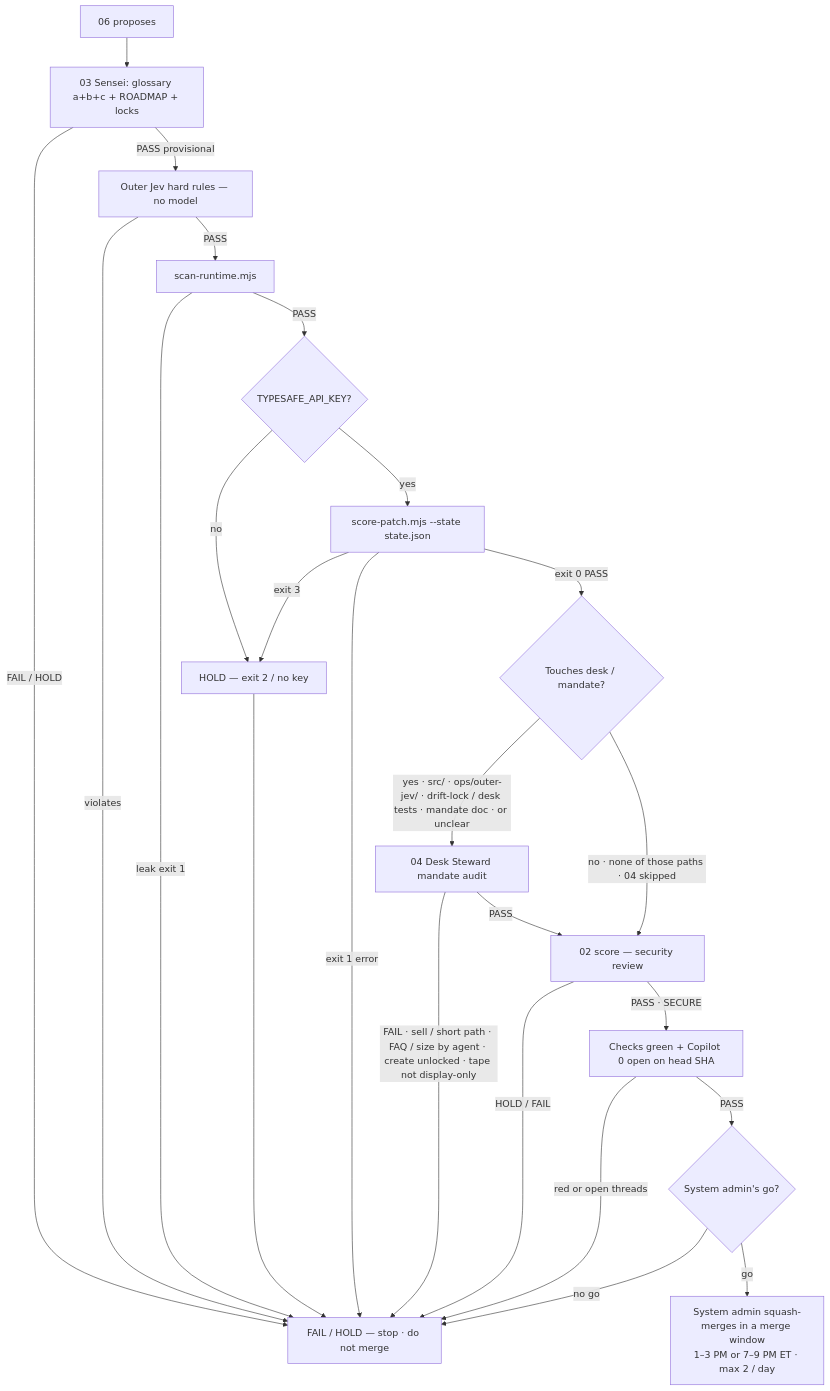
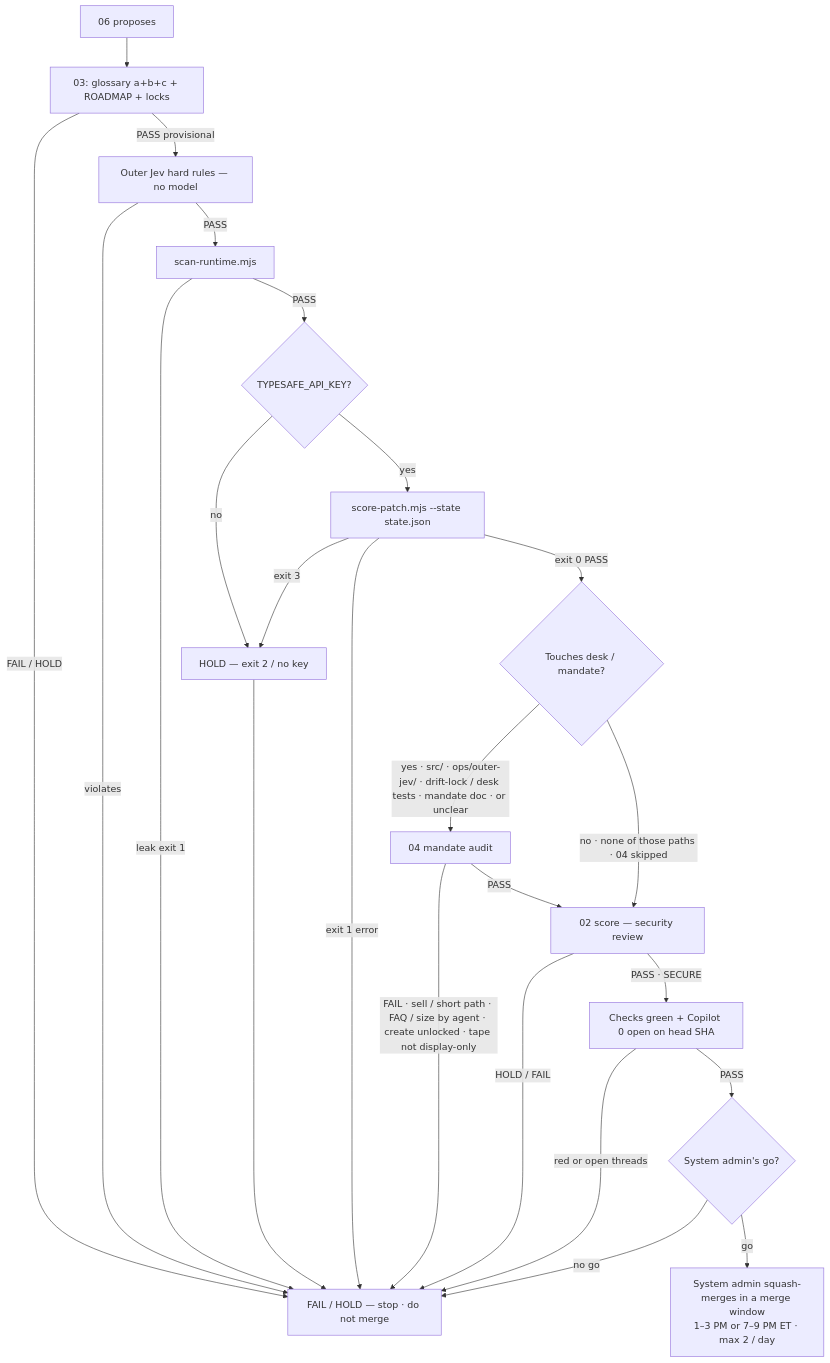
Before and after one commit to S1R1US-AI/lab3-visible-sandbox: the second of 2 diagrams in ops/sensei/flows/07-lab3-bot-workflow.md, drawn with Mermaid. The commit also changed other lines of this file and 2 other files, not shown here.

Commit message:
docs(sensei): bots by number only in Flow 04/07 and poster

````diff
--- a/ops/sensei/flows/07-lab3-bot-workflow.md
+++ b/ops/sensei/flows/07-lab3-bot-workflow.md
@@ -69,26 +69,26 @@
 ```mermaid
 flowchart TB
-  P[06 proposes] --> S[03 Sensei: glossary a+b+c + ROADMAP + locks]
+  P[06 proposes] --> S[03: glossary a+b+c + ROADMAP + locks]
   S -->|FAIL / HOLD| X[FAIL / HOLD — stop · do not merge]
   S -->|PASS provisional| H[Outer Jev hard rules — no model]
   H -->|violates| X
   H -->|PASS| SR["scan-runtime.mjs"]
   SR -->|leak exit 1| X
   SR -->|PASS| K{TYPESAFE_API_KEY?}
   K -->|no| HOLD[HOLD — exit 2 / no key]
   K -->|yes| SP["score-patch.mjs --state state.json"]
   SP -->|exit 3| HOLD
   SP -->|exit 1 error| X
   SP -->|exit 0 PASS| DESK{Touches desk / mandate?}
   HOLD --> X
-  DESK -->|"yes · src/ · ops/outer-jev/ · drift-lock / desk tests · mandate doc · or unclear"| ST[04 Desk Steward mandate audit]
+  DESK -->|"yes · src/ · ops/outer-jev/ · drift-lock / desk tests · mandate doc · or unclear"| ST[04 mandate audit]
   DESK -->|"no · none of those paths · 04 skipped"| SEC[02 score — security review]
   ST -->|"FAIL · sell / short path · FAQ / size by agent · create unlocked · tape not display-only"| X
   ST -->|PASS| SEC
   SEC -->|HOLD / FAIL| X
   SEC -->|PASS · SECURE| CI["Checks green + Copilot 0 open on head SHA"]
   CI -->|red or open threads| X
   CI -->|PASS| GO{System admin's go?}
   GO -->|no go| X
   GO -->|go| M["System admin squash-merges in a merge window<br/>1–3 PM or 7–9 PM ET · max 2 / day"]
 ```
````
